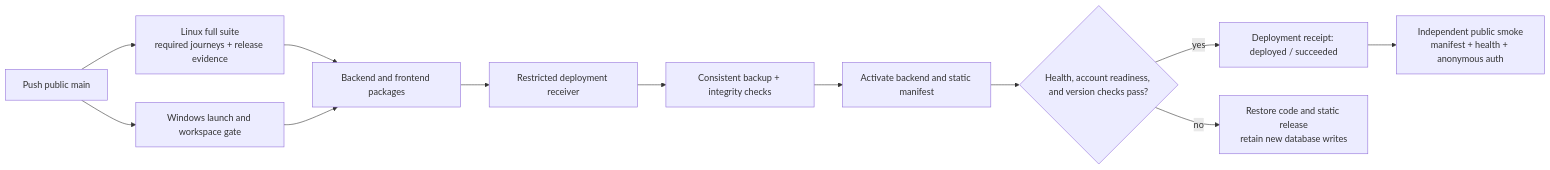
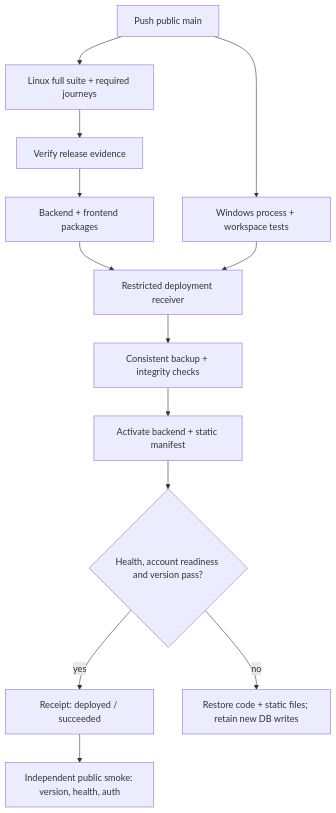
The sixth of 6 diagrams in docs/visual-architecture.md (dengyie/agent-fleet), drawn with Mermaid before and after one commit. The commit also changed other lines of this file and 39 other files, not shown here.

Commit message:
docs: publish visual architecture and evidence

````diff
--- a/docs/visual-architecture.md
+++ b/docs/visual-architecture.md
@@ -163,14 +216,15 @@
 ```mermaid
-flowchart LR
-    Main["Push public main"] --> Linux["Linux full suite<br/>required journeys + release evidence"]
-    Main --> Windows["Windows launch and workspace gate"]
-    Linux --> Package["Backend and frontend packages"]
-    Windows --> Package
+flowchart TB
+    Main["Push public main"] --> Linux["Linux full suite + required journeys"]
+    Linux --> Evidence["Verify release evidence"]
+    Main --> Windows["Windows process + workspace tests"]
+    Evidence --> Package["Backend + frontend packages"]
     Package --> Receiver["Restricted deployment receiver"]
+    Windows --> Receiver
     Receiver --> Backup["Consistent backup + integrity checks"]
-    Backup --> Activate["Activate backend and static manifest"]
-    Activate --> Health{"Health, account readiness, and version checks pass?"}
-    Health -- "yes" --> Live["Deployment receipt: deployed / succeeded"]
-    Health -- "no" --> Rollback["Restore code and static release<br/>retain new database writes"]
-    Live --> Smoke["Independent public smoke<br/>manifest + health + anonymous auth"]
+    Backup --> Activate["Activate backend + static manifest"]
+    Activate --> Health{"Health, account readiness and version pass?"}
+    Health -- "yes" --> Live["Receipt: deployed / succeeded"]
+    Health -- "no" --> Rollback["Restore code + static files; retain new DB writes"]
+    Live --> Smoke["Independent public smoke: version, health, auth"]
 ```
````
